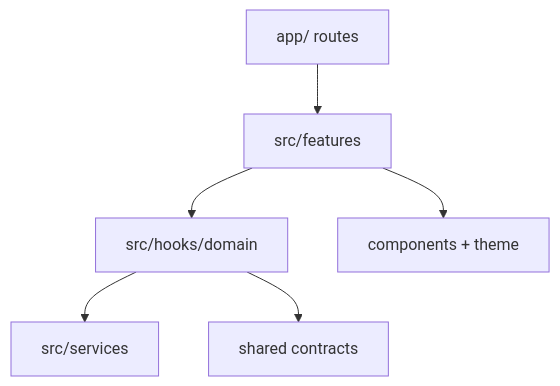
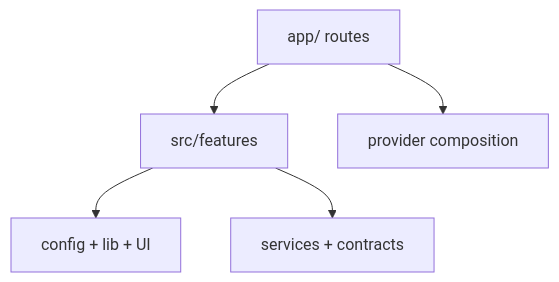
One commit to anhtuanleee/trending-map changed the diagram in docs/architecture/mobile.md. Above: the diagram before and after it, drawn with Mermaid. The commit also changed other lines of this file and 98 other files, not shown here.

Commit message:
feat(mobile): define feature-first source architecture

````diff
--- a/docs/architecture/mobile.md
+++ b/docs/architecture/mobile.md
@@ -16,8 +16,7 @@
 ```mermaid
 flowchart TB
   Routes["app/ routes"] --> Features["src/features"]
-  Features --> Hooks["src/hooks/domain"]
-  Hooks --> Services["src/services"]
-  Features --> UI["components + theme"]
-  Hooks --> Contracts["shared contracts"]
+  Features --> Shared["config + lib + UI"]
+  Features --> Services["services + contracts"]
+  Routes --> Providers["provider composition"]
 ```
````
